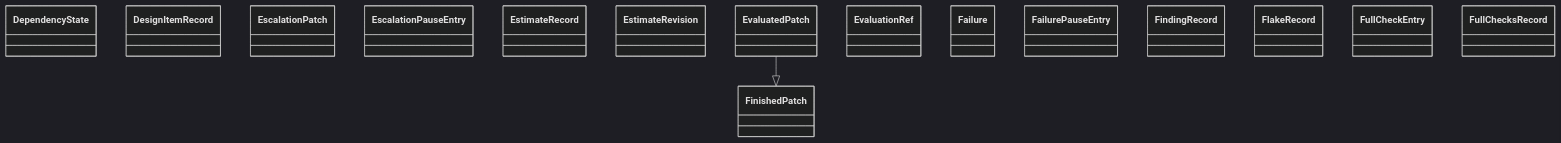
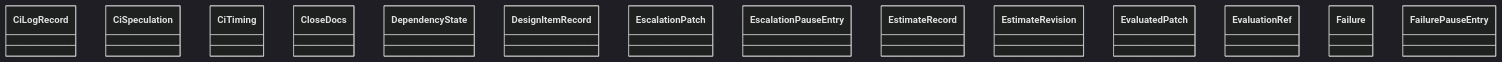
One commit to GonzaloZevallos/agentic-system changed the diagram in docs/architecture/generated/classes-process-domain-state-4.md. Above: the diagram before and after it, drawn with Mermaid (dark theme). The commit also changed other lines of this file and 29 other files, not shown here.

````diff
--- a/docs/architecture/generated/classes-process-domain-state-4.md
+++ b/docs/architecture/generated/classes-process-domain-state-4.md
@@ -26,19 +27,17 @@
 ```mermaid
 classDiagram
+    class task__CiLogRecord["CiLogRecord"]
+    class task__CiSpeculation["CiSpeculation"]
+    class task__CiTiming["CiTiming"]
+    class task__CloseDocs["CloseDocs"]
     class task__DependencyState["DependencyState"]
     class task__DesignItemRecord["DesignItemRecord"]
     class task__EscalationPatch["EscalationPatch"]
     class task__EscalationPauseEntry["EscalationPauseEntry"]
     class task__EstimateRecord["EstimateRecord"]
     class task__EstimateRevision["EstimateRevision"]
     class task__EvaluatedPatch["EvaluatedPatch"]
     class task__EvaluationRef["EvaluationRef"]
     class task__Failure["Failure"]
     class task__FailurePauseEntry["FailurePauseEntry"]
-    class task__FindingRecord["FindingRecord"]
-    class task__FinishedPatch["FinishedPatch"]
-    class task__FlakeRecord["FlakeRecord"]
-    class task__FullCheckEntry["FullCheckEntry"]
-    class task__FullChecksRecord["FullChecksRecord"]
-    task__EvaluatedPatch --|> task__FinishedPatch
 ```
````
